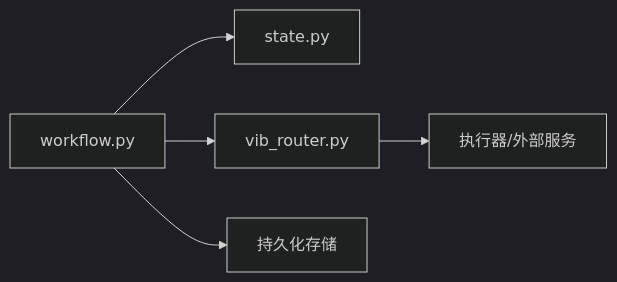
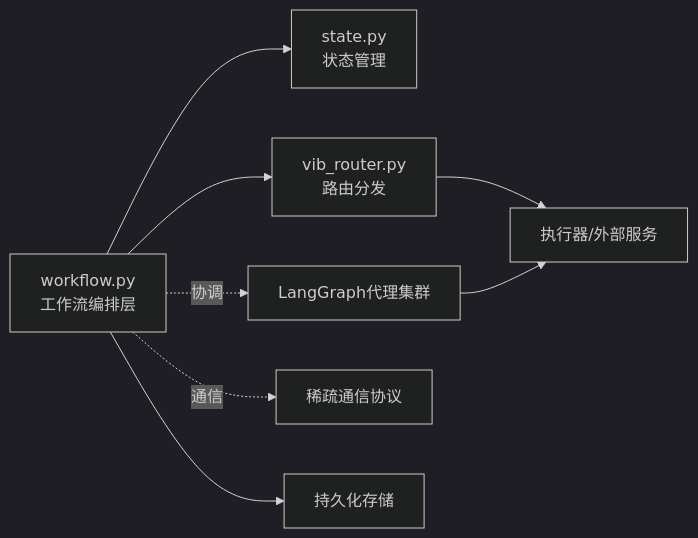
The sixth of 6 diagrams in .qoder/repowiki/zh/content/核心架构/工作流引擎.md (QuStarry/VIB-SparseCommunication), drawn with Mermaid (dark theme) before and after one commit. The commit also changed other lines of this file and 28 other files, not shown here.

````diff
--- a/.qoder/repowiki/zh/content/核心架构/工作流引擎.md
+++ b/.qoder/repowiki/zh/content/核心架构/工作流引擎.md
@@ -313,7 +386,10 @@
 ```mermaid
 graph LR
-WF["workflow.py"] --> ST["state.py"]
-WF --> VR["vib_router.py"]
+WF["workflow.py<br/>工作流编排层"] --> ST["state.py<br/>状态管理"]
+WF --> VR["vib_router.py<br/>路由分发"]
+WF -. 协调 .-> AG["LangGraph代理集群"]
+WF -. 通信 .-> SC["稀疏通信协议"]
 VR --> EXE["执行器/外部服务"]
 WF --> STORE["持久化存储"]
+AG --> EXE
 ```
````
